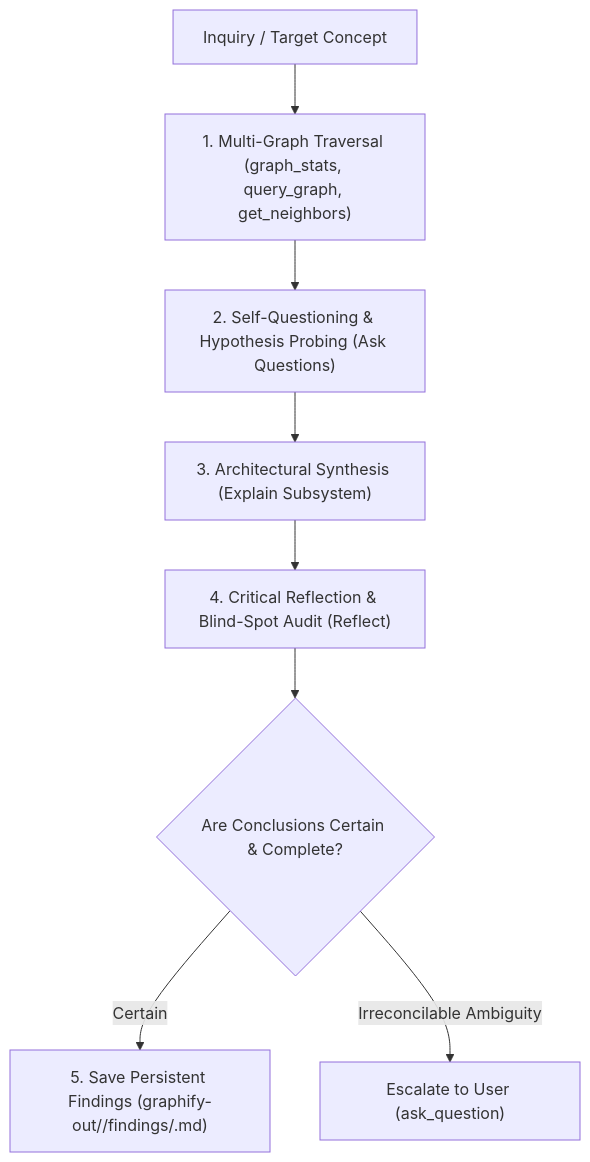
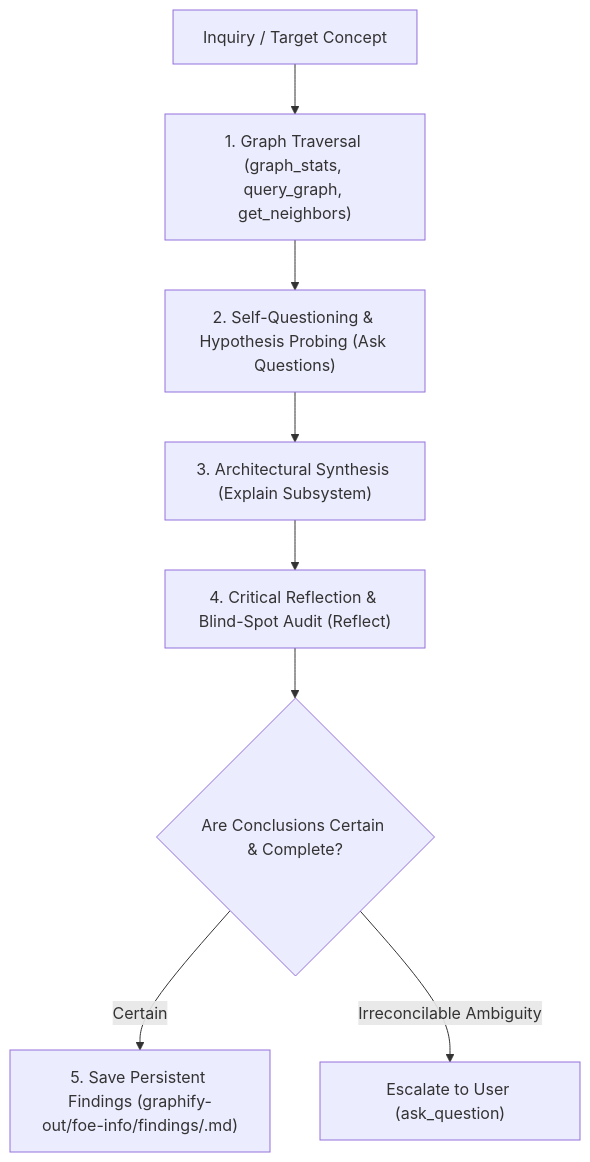
Before and after one commit to FoE-Info/FoE-Info-Extension: the diagram in .agents/agents/graph-knowledge-explorer.md, drawn with Mermaid. The commit also changed other lines of this file and 750 other files, not shown here.

````diff
--- a/.agents/agents/graph-knowledge-explorer.md
+++ b/.agents/agents/graph-knowledge-explorer.md
@@ -59,10 +56,10 @@
 ```mermaid
 flowchart TD
-    A["Inquiry / Target Concept"] --> B["1. Multi-Graph Traversal (graph_stats, query_graph, get_neighbors)"]
+    A["Inquiry / Target Concept"] --> B["1. Graph Traversal (graph_stats, query_graph, get_neighbors)"]
     B --> C["2. Self-Questioning & Hypothesis Probing (Ask Questions)"]
     C --> D["3. Architectural Synthesis (Explain Subsystem)"]
     D --> E["4. Critical Reflection & Blind-Spot Audit (Reflect)"]
     E --> F{"Are Conclusions Certain & Complete?"}
-    F -- "Certain" --> G["5. Save Persistent Findings (graphify-out/<graph>/findings/<topic>.md)"]
+    F -- "Certain" --> G["5. Save Persistent Findings (graphify-out/foe-info/findings/<topic>.md)"]
     F -- "Irreconcilable Ambiguity" --> H["Escalate to User (ask_question)"]
 ```
````
